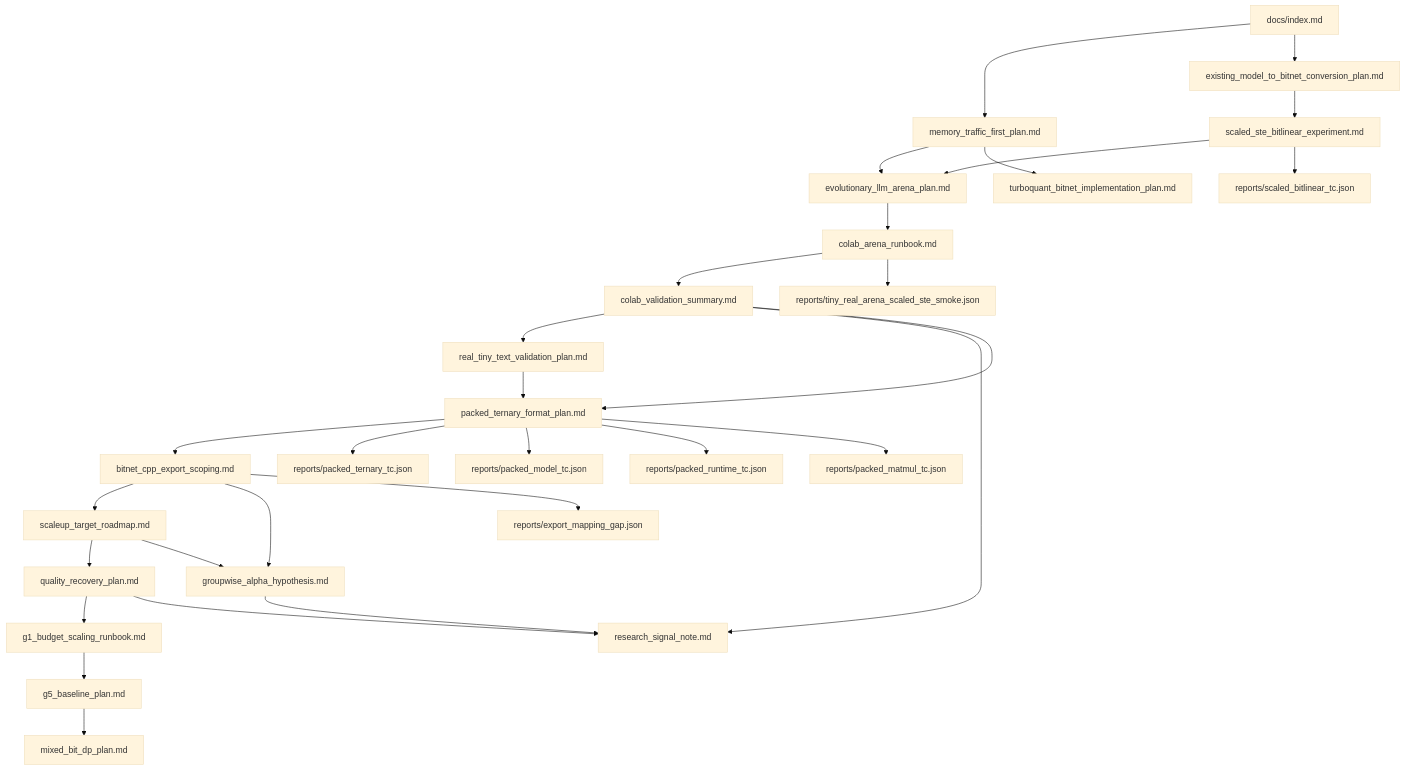
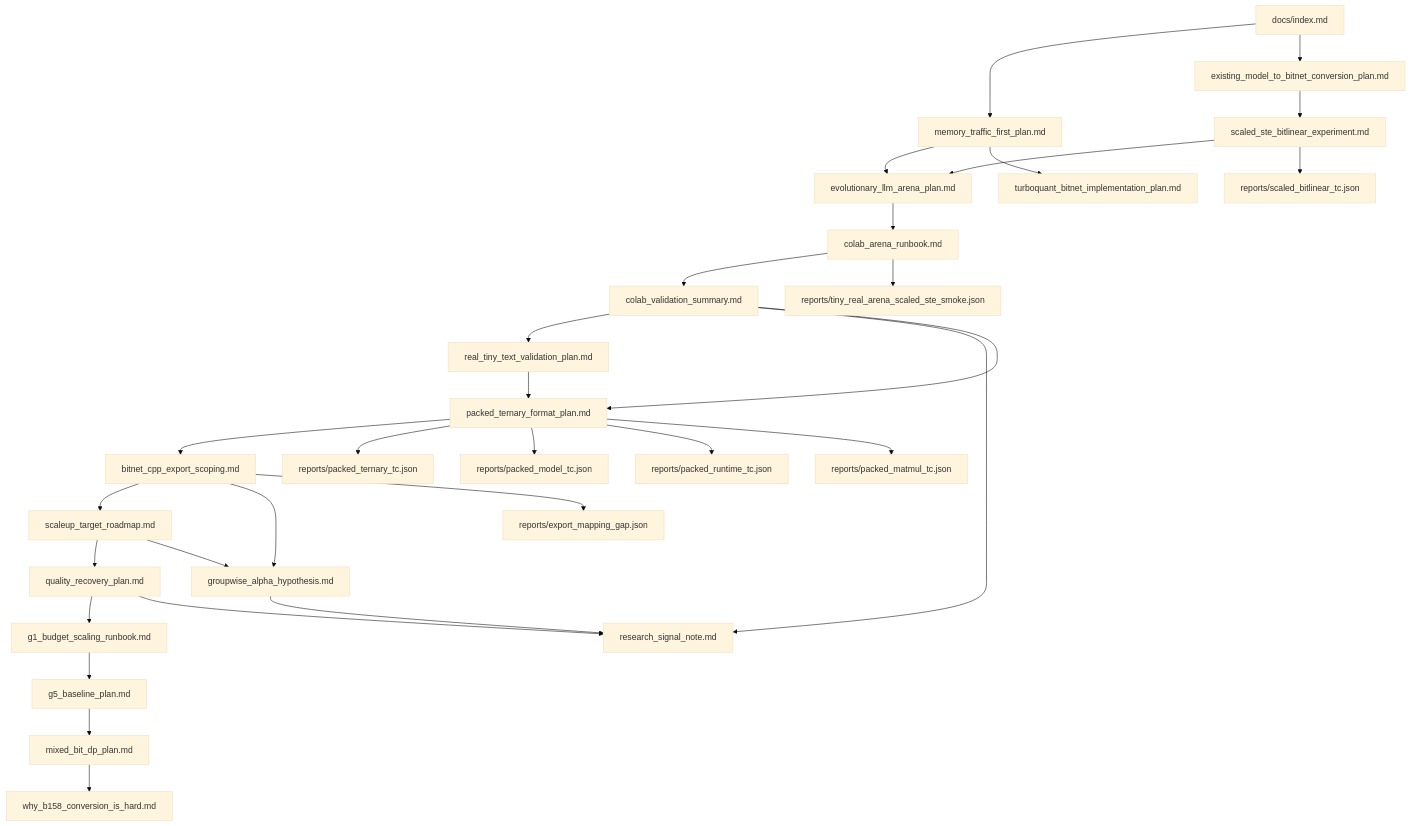
The diagram in docs/index.md (gtpk/BitNet-Transformers), drawn with Mermaid (base theme) before and after one commit. The commit also changed other lines of this file and 4 other files, not shown here.

Commit message:
Define why b1.58 conversion is hard

````diff
--- a/docs/index.md
+++ b/docs/index.md
@@ -200,32 +202,33 @@
 ```mermaid
 flowchart TD
   A["docs/index.md"] --> B["memory_traffic_first_plan.md"]
   A --> C["existing_model_to_bitnet_conversion_plan.md"]
   C --> D["scaled_ste_bitlinear_experiment.md"]
   D --> E["evolutionary_llm_arena_plan.md"]
   E --> F["colab_arena_runbook.md"]
   F --> J["colab_validation_summary.md"]
   J --> K["real_tiny_text_validation_plan.md"]
   J --> L["research_signal_note.md"]
   J --> M["packed_ternary_format_plan.md"]
   K --> M["packed_ternary_format_plan.md"]
   M --> R["bitnet_cpp_export_scoping.md"]
   R --> U["scaleup_target_roadmap.md"]
   U --> V["quality_recovery_plan.md"]
   V --> W["g1_budget_scaling_runbook.md"]
   W --> X["g5_baseline_plan.md"]
   X --> Y["mixed_bit_dp_plan.md"]
+  Y --> Z["why_b158_conversion_is_hard.md"]
   R --> T["groupwise_alpha_hypothesis.md"]
   U --> T
   V --> L
   T --> L
   B --> E
   B --> G["turboquant_bitnet_implementation_plan.md"]
   F --> H["reports/tiny_real_arena_scaled_ste_smoke.json"]
   D --> I["reports/scaled_bitlinear_tc.json"]
   M --> N["reports/packed_ternary_tc.json"]
   M --> O["reports/packed_model_tc.json"]
   M --> P["reports/packed_runtime_tc.json"]
   M --> Q["reports/packed_matmul_tc.json"]
   R --> S["reports/export_mapping_gap.json"]
 ```
````
